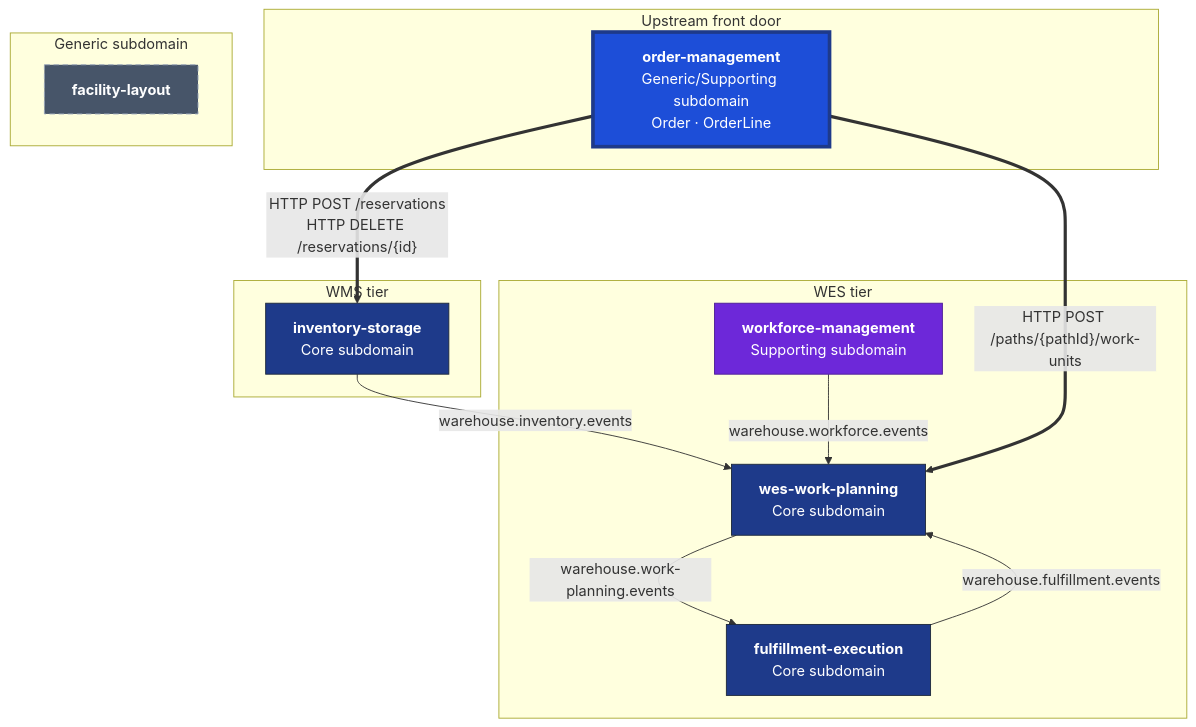
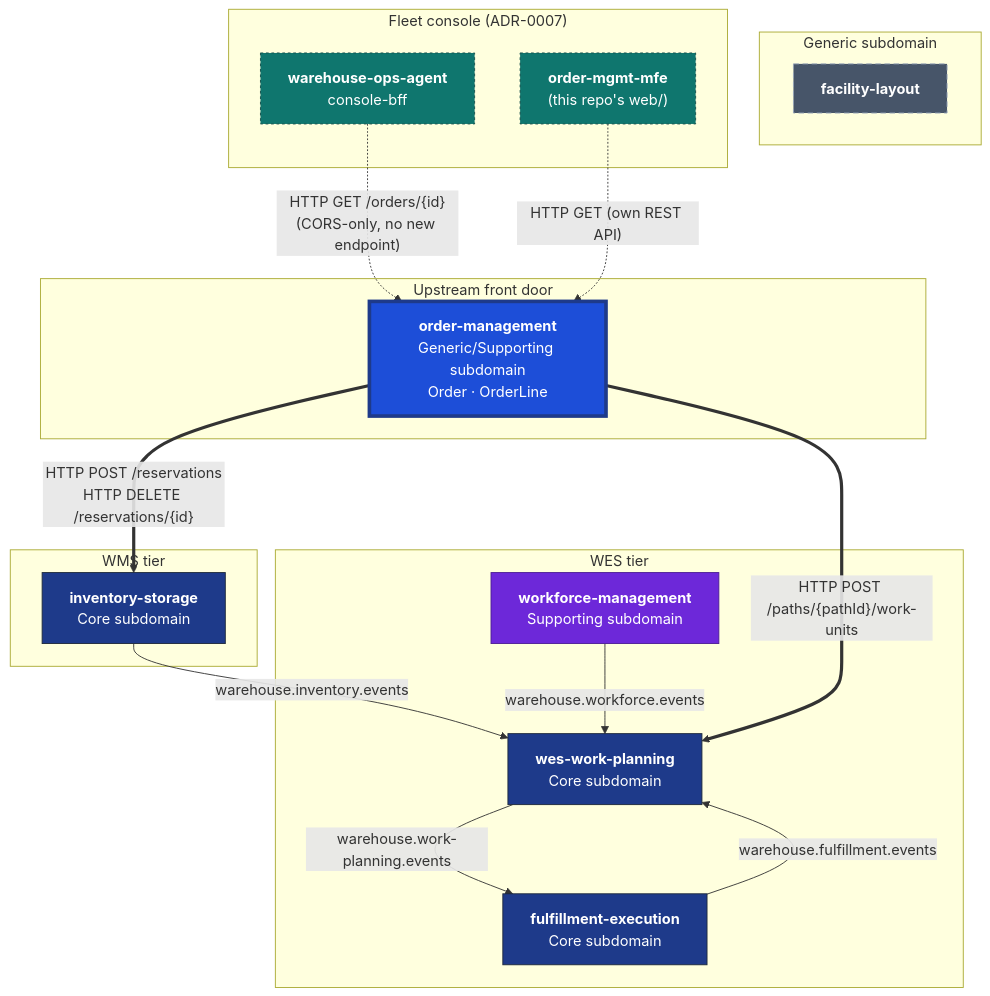
Before and after one commit to claudioed/order-management: the diagram in docs/docs/ecosystem/context-map.md, drawn with Mermaid. The commit also changed other lines of this file and 3 other files, not shown here.

First line of the commit message:
docs: ADR-0007 -- adopt fleet micro-frontend console architecture

````diff
--- a/docs/docs/ecosystem/context-map.md
+++ b/docs/docs/ecosystem/context-map.md
@@ -16,33 +16,41 @@
 ```mermaid
 flowchart TB
     subgraph NEW["Upstream front door"]
         OM["<b>order-management</b><br/>Generic/Supporting subdomain<br/>Order · OrderLine"]
     end
     subgraph WMS["WMS tier"]
         INV["<b>inventory-storage</b><br/>Core subdomain"]
     end
     subgraph WES["WES tier"]
         WP["<b>wes-work-planning</b><br/>Core subdomain"]
         FE["<b>fulfillment-execution</b><br/>Core subdomain"]
         WM["<b>workforce-management</b><br/>Supporting subdomain"]
     end
     subgraph GENERIC["Generic subdomain"]
         FL["<b>facility-layout</b>"]
     end
+    subgraph CONSOLE["Fleet console (ADR-0007)"]
+        BFF["<b>warehouse-ops-agent</b><br/>console-bff"]
+        MFE["<b>order-mgmt-mfe</b><br/>(this repo's web/)"]
+    end
 
     OM ==>|"HTTP POST /reservations<br/>HTTP DELETE /reservations/{id}"| INV
     OM ==>|"HTTP POST /paths/{pathId}/work-units"| WP
     INV -->|"warehouse.inventory.events"| WP
     WM -->|"warehouse.workforce.events"| WP
     WP -->|"warehouse.work-planning.events"| FE
     FE -->|"warehouse.fulfillment.events"| WP
+    BFF -.->|"HTTP GET /orders/{id}<br/>(CORS-only, no new endpoint)"| OM
+    MFE -.->|"HTTP GET (own REST API)"| OM
 
     classDef this fill:#1d4ed8,stroke:#1e3a8a,color:#fff,stroke-width:4px;
     classDef core fill:#1e3a8a,stroke:#1e293b,color:#fff;
     classDef supp fill:#6d28d9,stroke:#4c1d95,color:#fff;
     classDef gen fill:#475569,stroke:#94a3b8,color:#fff,stroke-dasharray: 6 4;
+    classDef console fill:#0f766e,stroke:#134e4a,color:#fff,stroke-dasharray: 3 3;
     class OM this;
     class INV,WP,FE core;
     class WM supp;
     class FL gen;
+    class BFF,MFE console;
 ```
````
